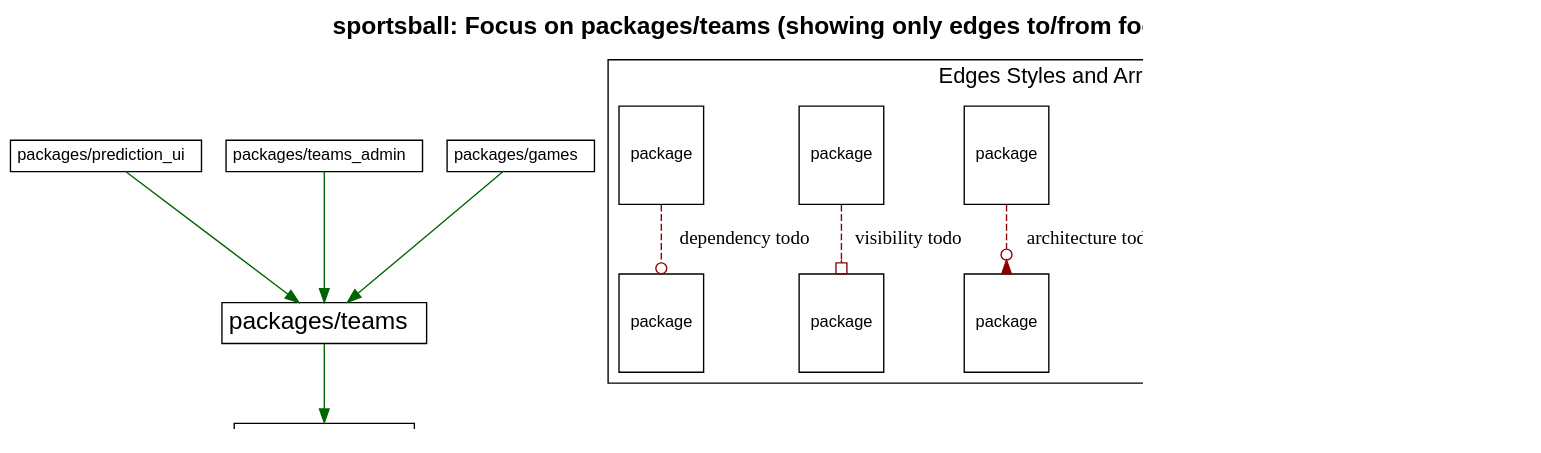
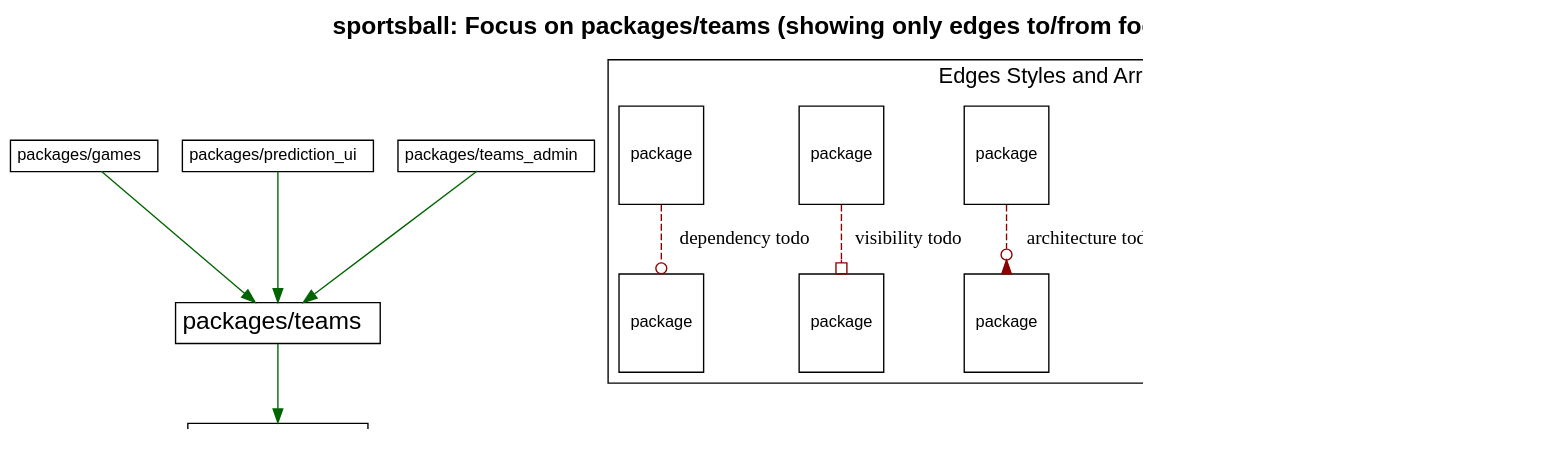
The diagram in c2s06/sportsball/diagrams/packages_teams_focus.dot (shageman/package-based-rails-applications-book), drawn with Graphviz before and after one commit. The commit also changed other lines of this file and 496 other files, not shown here.

Commit message:
Update package diagrams

```diff
--- a/c2s06/sportsball/diagrams/packages_teams_focus.dot
+++ b/c2s06/sportsball/diagrams/packages_teams_focus.dot
@@ -1,103 +1,103 @@
 digraph package_diagram {
   rankdir=TD
   graph [
     labelloc="t"
     fontname="Helvetica,Arial,sans-serif"
     dpi=100
     layout=dot
     label=<<b>sportsball: Focus on packages/teams (showing only edges to/from focus pack)</b>>
     fontsize=18
   ]
   node [
     fontname="Helvetica,Arial,sans-serif"
     fontsize=26.0
     fontcolor=black
     fillcolor=white
     color=black
     height=1.0
     style=filled
     shape=plain
   ]
     subgraph NotInLayer {
       shape=box
       color=darkgrey
       fillcolor=lightblue
       style=filled
         cluster=false
-        "packages/teams" [
-            fontsize=18.0
+        "packages/games" [
+            fontsize=12.0
             label= <
                 <table border='0' cellborder='1' cellspacing='0' cellpadding='4'>
-                  <tr> <td align='left'> packages/teams </td> </tr>
+                  <tr> <td align='left'> packages/games </td> </tr>
                 </table>
               >
           ]
         
         "packages/prediction_ui" [
             fontsize=12.0
             label= <
                 <table border='0' cellborder='1' cellspacing='0' cellpadding='4'>
                   <tr> <td align='left'> packages/prediction_ui </td> </tr>
                 </table>
               >
           ]
         
+        "packages/rails_shims" [
+            fontsize=12.0
+            label= <
+                <table border='0' cellborder='1' cellspacing='0' cellpadding='4'>
+                  <tr> <td align='left'> packages/rails_shims </td> </tr>
+                </table>
+              >
+          ]
+        
+        "packages/teams" [
+            fontsize=18.0
+            label= <
+                <table border='0' cellborder='1' cellspacing='0' cellpadding='4'>
+                  <tr> <td align='left'> packages/teams </td> </tr>
+                </table>
+              >
+          ]
+        
         "packages/teams_admin" [
             fontsize=12.0
             label= <
                 <table border='0' cellborder='1' cellspacing='0' cellpadding='4'>
                   <tr> <td align='left'> packages/teams_admin </td> </tr>
                 </table>
               >
           ]
         
-        "packages/games" [
-            fontsize=12.0
-            label= <
-                <table border='0' cellborder='1' cellspacing='0' cellpadding='4'>
-                  <tr> <td align='left'> packages/games </td> </tr>
-                </table>
-              >
-          ]
-        
-        "packages/rails_shims" [
-            fontsize=12.0
-            label= <
-                <table border='0' cellborder='1' cellspacing='0' cellpadding='4'>
-                  <tr> <td align='left'> packages/rails_shims </td> </tr>
-                </table>
-              >
-          ]
-        
     }
+          "packages/games" -> "packages/teams" [ color=darkgreen ]
+          "packages/prediction_ui" -> "packages/teams" [ color=darkgreen ]
           "packages/teams" -> "packages/rails_shims" [ color=darkgreen ]
-          "packages/prediction_ui" -> "packages/teams" [ color=darkgreen ]
           "packages/teams_admin" -> "packages/teams" [ color=darkgreen ]
-          "packages/games" -> "packages/teams" [ color=darkgreen ]
   subgraph cluster_legend {
     fontsize=16
     label="Edges Styles and Arrow Heads"
     A [ fontsize=12 shape=box label="package"]
     B [ fontsize=12 shape=box label="package"]
     C [ fontsize=12 shape=box label="package"]
     D [ fontsize=12 shape=box label="package"]
     E [ fontsize=12 shape=box label="package"]
     F [ fontsize=12 shape=box label="package"]
     G [ fontsize=12 shape=box label="package"]
     H [ fontsize=12 shape=box label="package"]
     I [ fontsize=12 shape=box label="package"]
     J [ fontsize=12 shape=box label="package"]
     A -> B [label="accepted dependency" color=darkgreen]
     C -> D [label="privac todo" color=darkred style=dashed arrowhead=crow]
     E -> F [label="architecture todo" color=darkred style=dashed arrowhead=invodot]
     G -> H [label="visibility todo" color=darkred style=dashed arrowhead=obox]
     I -> J [label="dependency todo" color=darkred style=dashed arrowhead=odot]
   }
   subgraph cluster_teams_legend {
     fontsize=16
     label="Team Colors"
 
 
   }
   J -> "" [style=invis]
 }
```
